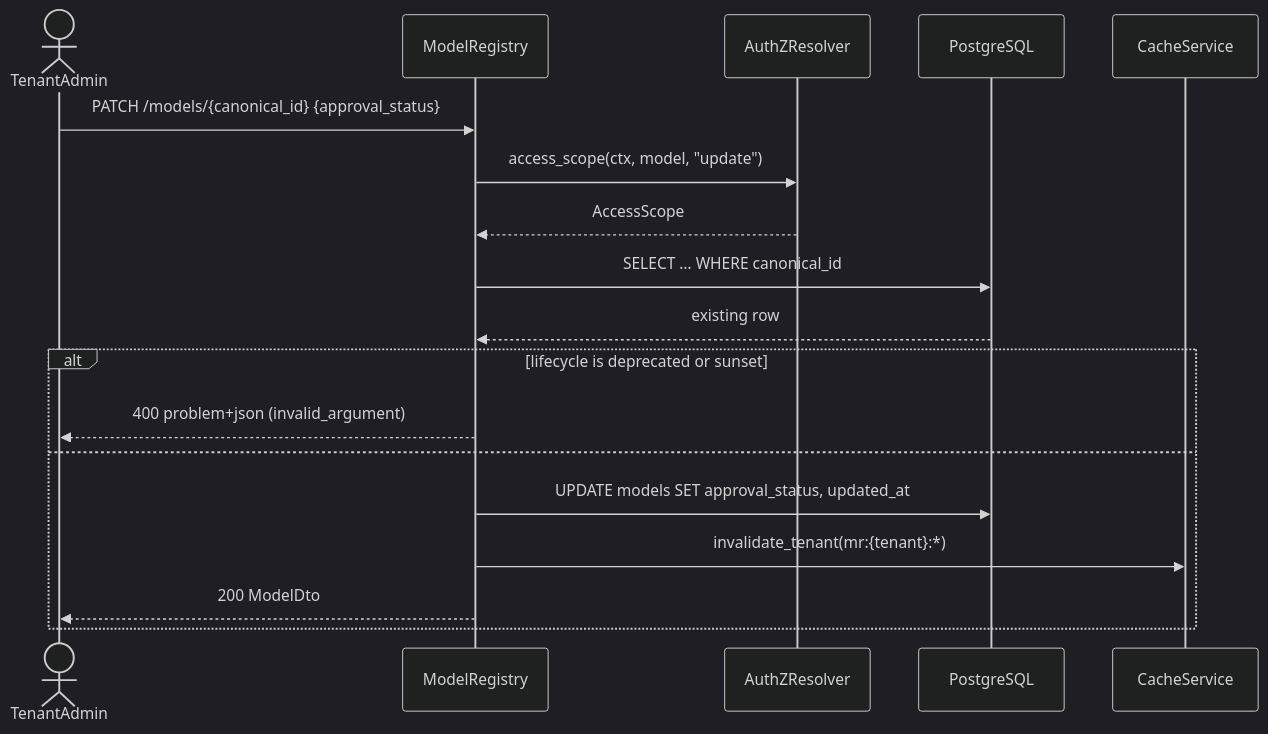
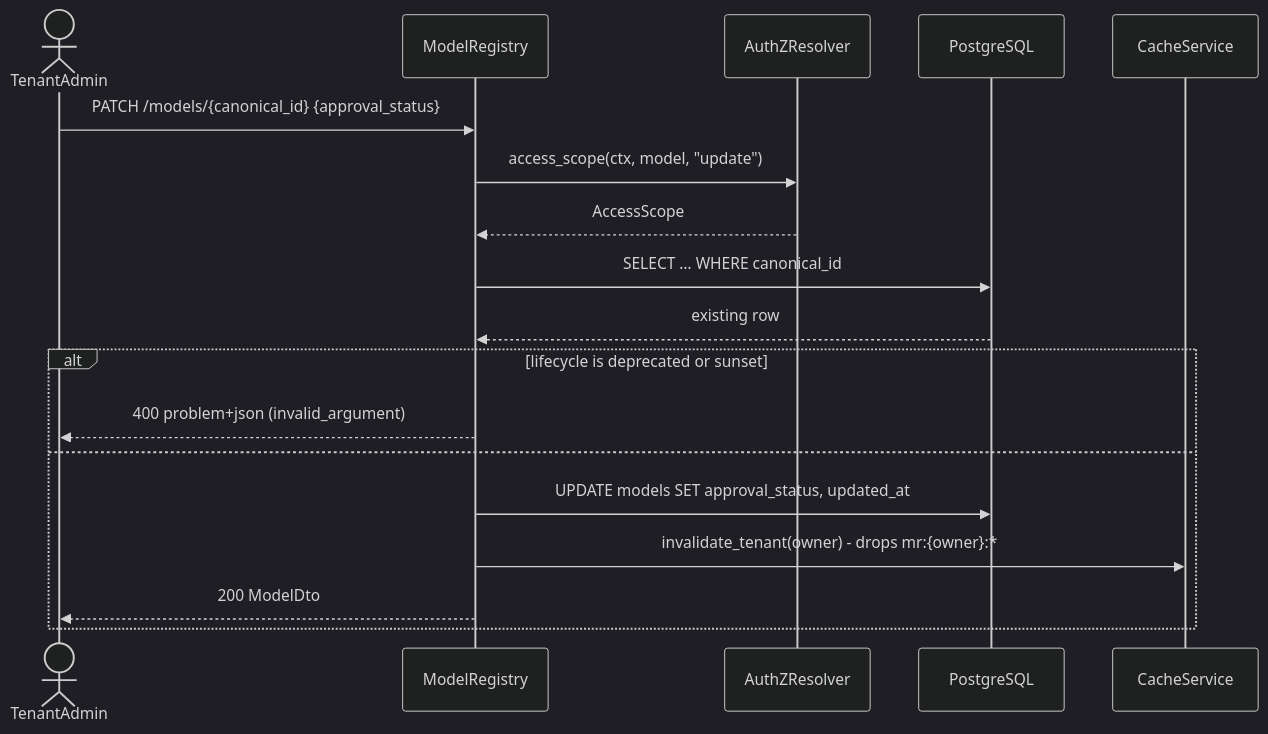
One commit to Qilin101/gears-rust changed the sixth of 9 diagrams in gears/model-registry/docs/DESIGN.md. Above: the diagram before and after it, drawn with Mermaid (dark theme). The commit also changed other lines of this file and 3 other files, not shown here.

````diff
--- a/gears/model-registry/docs/DESIGN.md
+++ b/gears/model-registry/docs/DESIGN.md
@@ -1177,21 +1175,21 @@
 ```mermaid
 sequenceDiagram
     actor TenantAdmin
     participant MR as ModelRegistry
     participant PDP as AuthZResolver
     participant DB as PostgreSQL
     participant Cache as CacheService
 
     TenantAdmin->>MR: PATCH /models/{canonical_id} {approval_status}
     MR->>PDP: access_scope(ctx, model, "update")
     PDP-->>MR: AccessScope
     MR->>DB: SELECT … WHERE canonical_id
     DB-->>MR: existing row
     alt lifecycle is deprecated or sunset
         MR-->>TenantAdmin: 400 problem+json (invalid_argument)
     else
         MR->>DB: UPDATE models SET approval_status, updated_at
-        MR->>Cache: invalidate_tenant(mr:{tenant}:*)
+        MR->>Cache: invalidate_tenant(owner) - drops mr:{owner}:*
         MR-->>TenantAdmin: 200 ModelDto
     end
 ```
````
